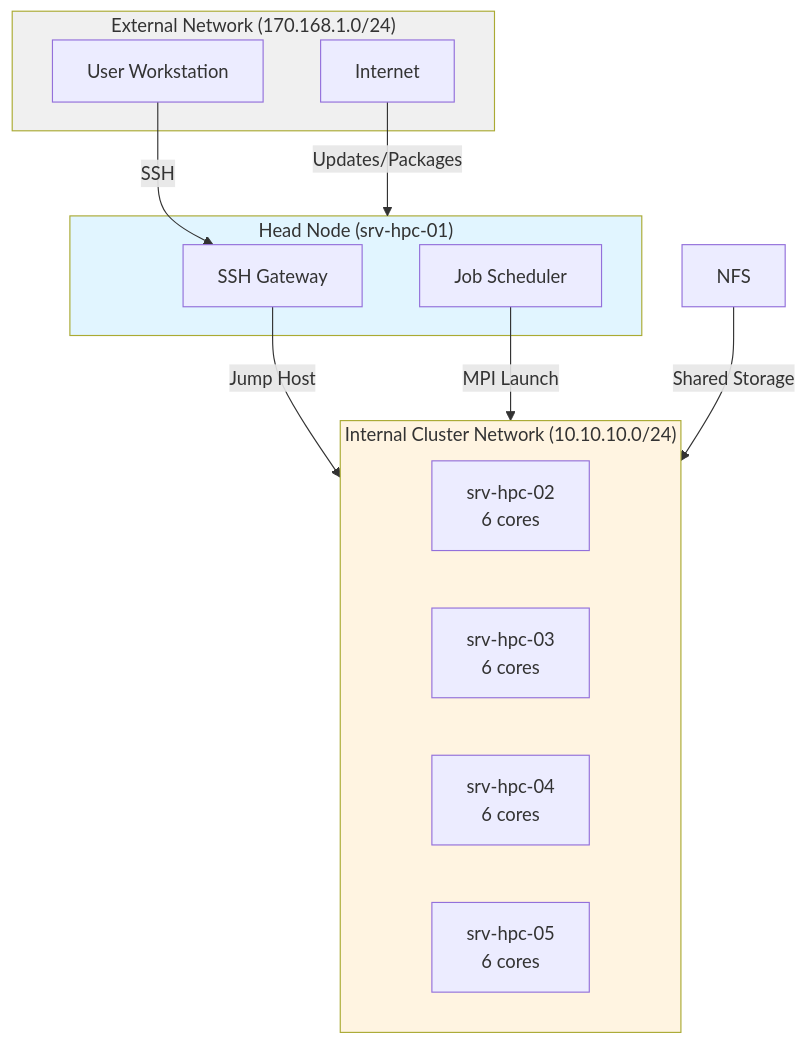
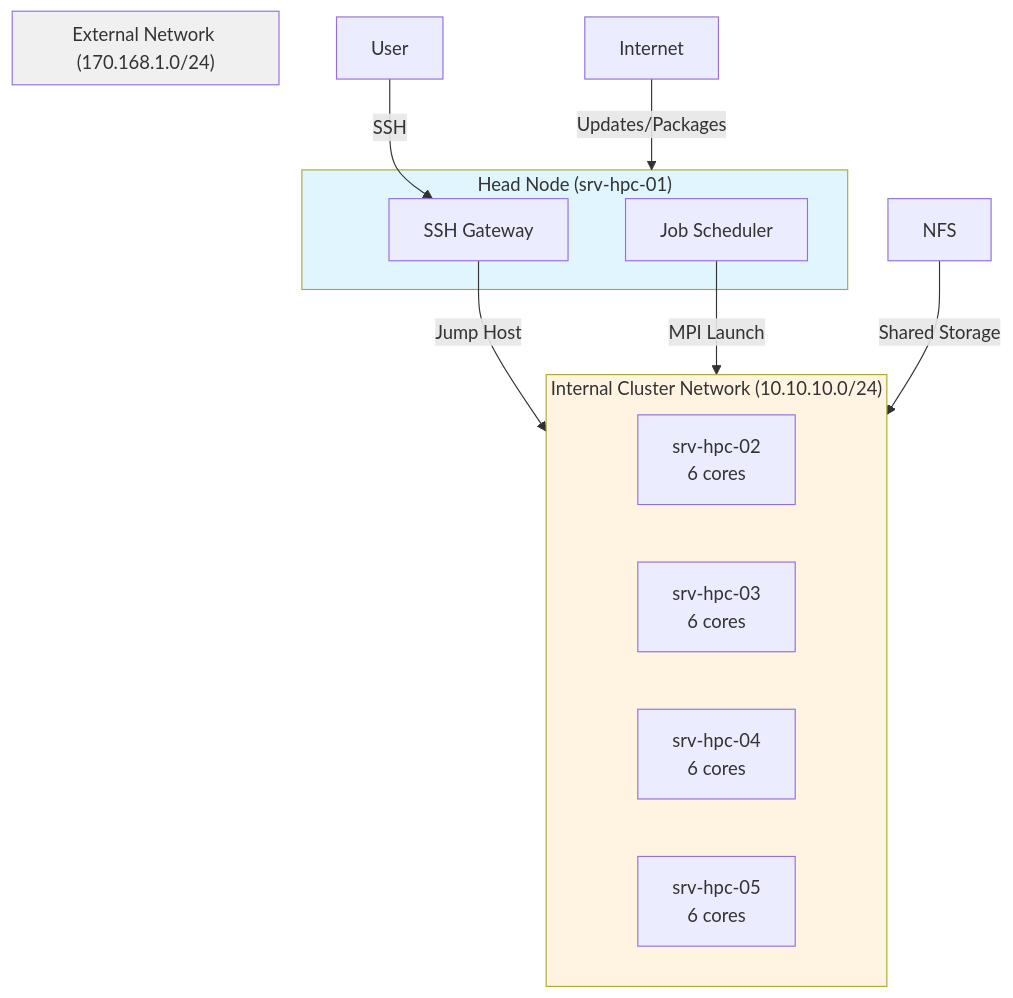
One commit to maltsev-andrey/hpc-cluster-slurm-mpi changed the diagram in README.md. Above: the diagram before and after it, drawn with Mermaid.

````diff
--- a/README.md
+++ b/README.md
@@ -44,30 +44,29 @@
 ```mermaid
 graph TB
     subgraph External["External Network (170.168.1.0/24)"]
-        User[User Workstation]
-        Internet[Internet]
+       
     end
     
     subgraph HeadNode["Head Node (srv-hpc-01)"]
         SSH[SSH Gateway]
         Scheduler[Job Scheduler]
     end
     
     subgraph Internal["Internal Cluster Network (10.10.10.0/24)"]
         direction LR
         CN1[srv-hpc-02<br/>6 cores]
         CN2[srv-hpc-03<br/>6 cores]
         CN3[srv-hpc-04<br/>6 cores]
         CN4[srv-hpc-05<br/>6 cores]
     end
     
     User -->|SSH| SSH
     Internet -->|Updates/Packages| HeadNode
     SSH -->|Jump Host| Internal
     NFS -->|Shared Storage| Internal
     Scheduler -->|MPI Launch| Internal
     
     style HeadNode fill:#e1f5ff
     style Internal fill:#fff4e1
     style External fill:#f0f0f0
 ```
````
